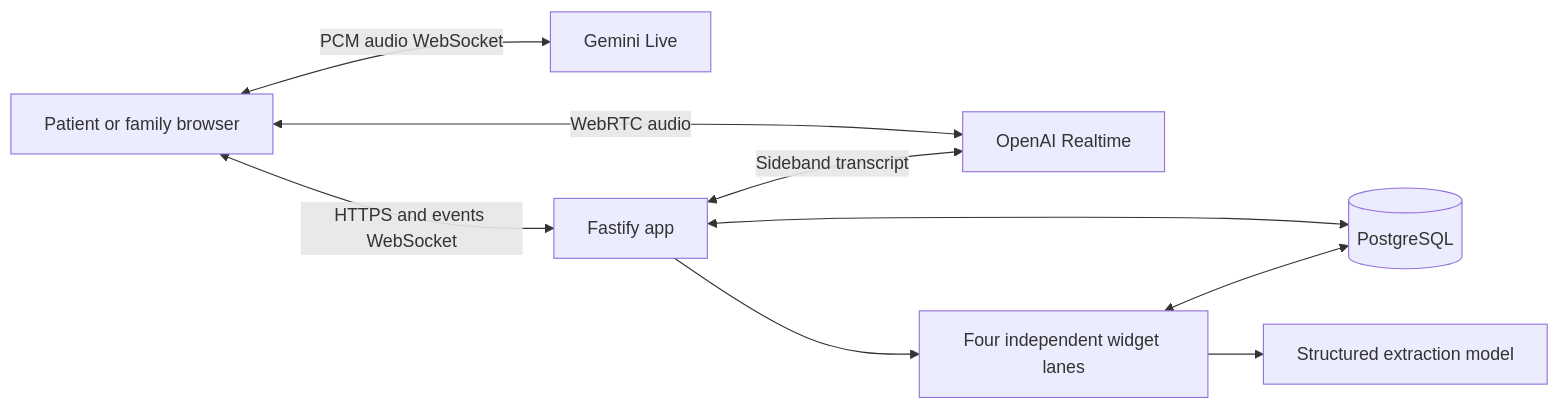
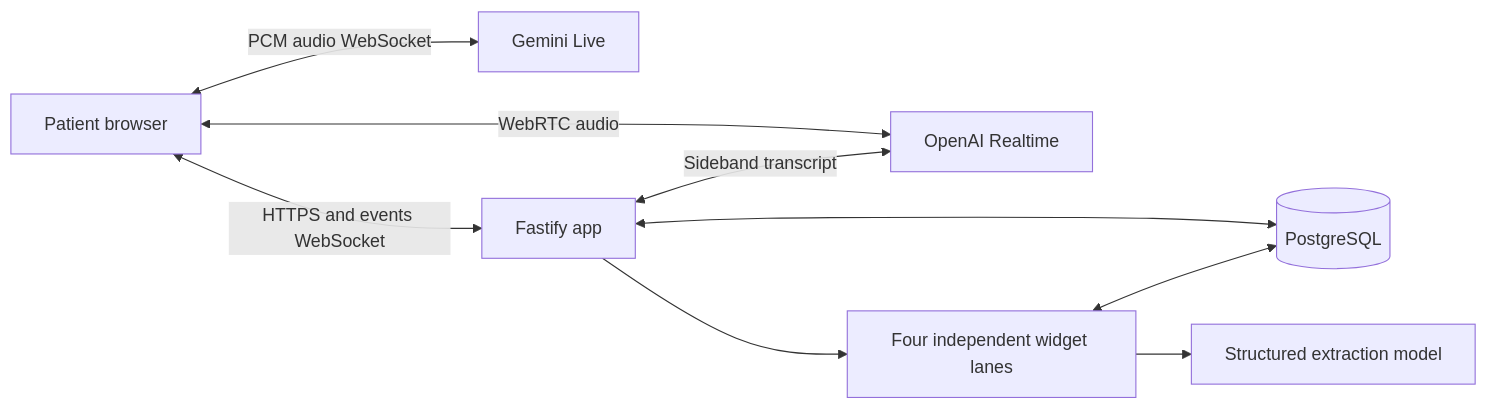
One commit to mmuk2002/harbor-care-navigator changed the diagram in README.md. Above: the diagram before and after it, drawn with Mermaid. The commit also changed other lines of this file, not shown here.

Commit message:
Document patient longitudinal continuity

````diff
--- a/README.md
+++ b/README.md
@@ -22,11 +22,11 @@
 ```mermaid
 flowchart LR
-  Browser[Patient or family browser] <-->|WebRTC audio| Voice[OpenAI Realtime]
+  Browser[Patient browser] <-->|WebRTC audio| Voice[OpenAI Realtime]
   Browser <-->|PCM audio WebSocket| Gemini[Gemini Live]
   Browser <-->|HTTPS and events WebSocket| App[Fastify app]
   App <-->|Sideband transcript| Voice
   App <--> DB[(PostgreSQL)]
   App --> Jobs[Four independent widget lanes]
   Jobs <--> DB
   Jobs --> Model[Structured extraction model]
 ```
````
